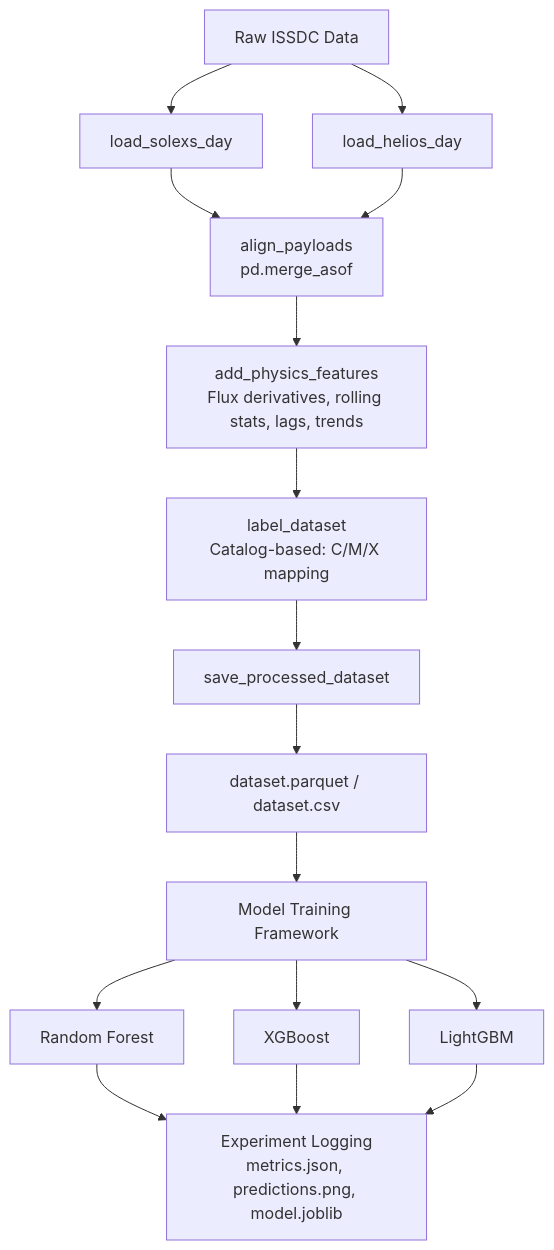
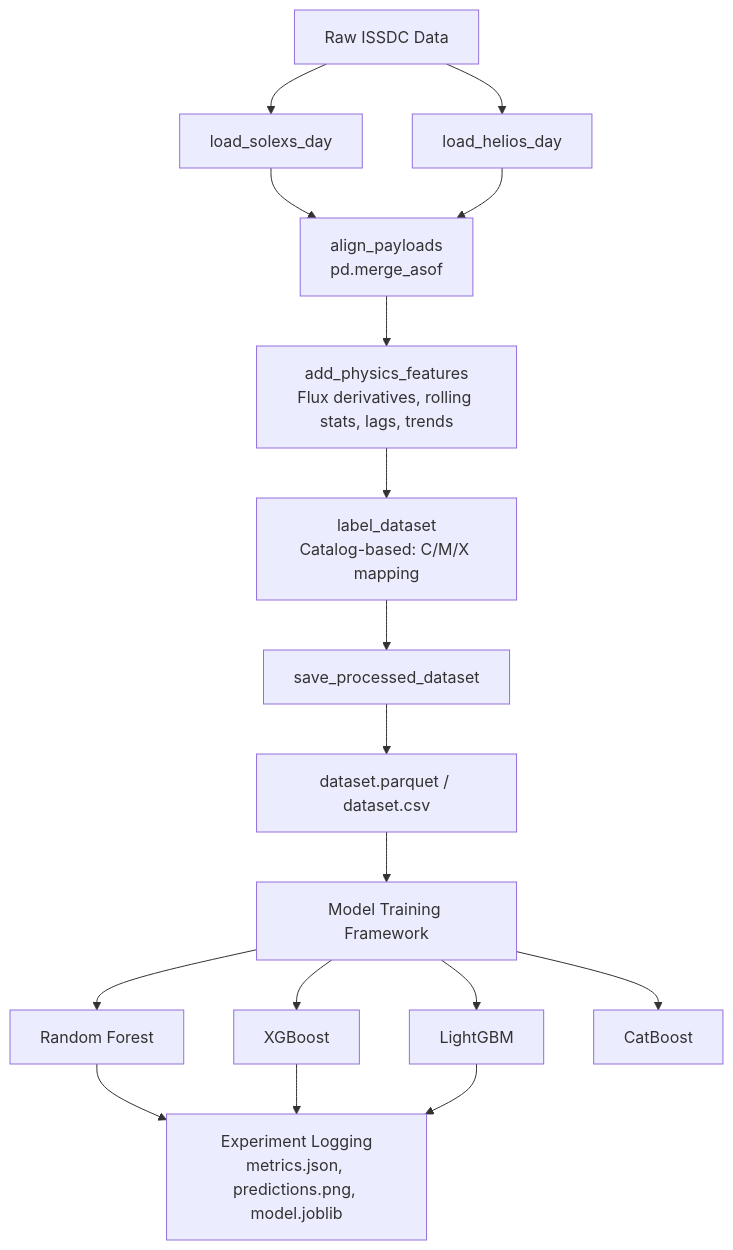
Before and after one commit to RamashrayS/Flaleon: the diagram in ABOUT.md, drawn with Mermaid. The commit also changed other lines of this file, not shown here.

````diff
--- a/ABOUT.md
+++ b/ABOUT.md
@@ -28,16 +30,17 @@
 ```mermaid
 graph TD
     A[Raw ISSDC Data] --> B[load_solexs_day]
     A --> C[load_helios_day]
     B --> D[align_payloads<br/>pd.merge_asof]
     C --> D
     D --> E[add_physics_features<br/>Flux derivatives, rolling stats, lags, trends]
     E --> F[label_dataset<br/>Catalog-based: C/M/X mapping]
     F --> G[save_processed_dataset]
     G --> H[dataset.parquet / dataset.csv]
     H --> I[Model Training Framework]
     I --> J[Random Forest]
     I --> K[XGBoost]
     I --> L[LightGBM]
-    J & K & L --> M[Experiment Logging<br/>metrics.json, predictions.png, model.joblib]
+    I --> M[CatBoost]
+    J & K & L --> N[Experiment Logging<br/>metrics.json, predictions.png, model.joblib]
 ```
````
